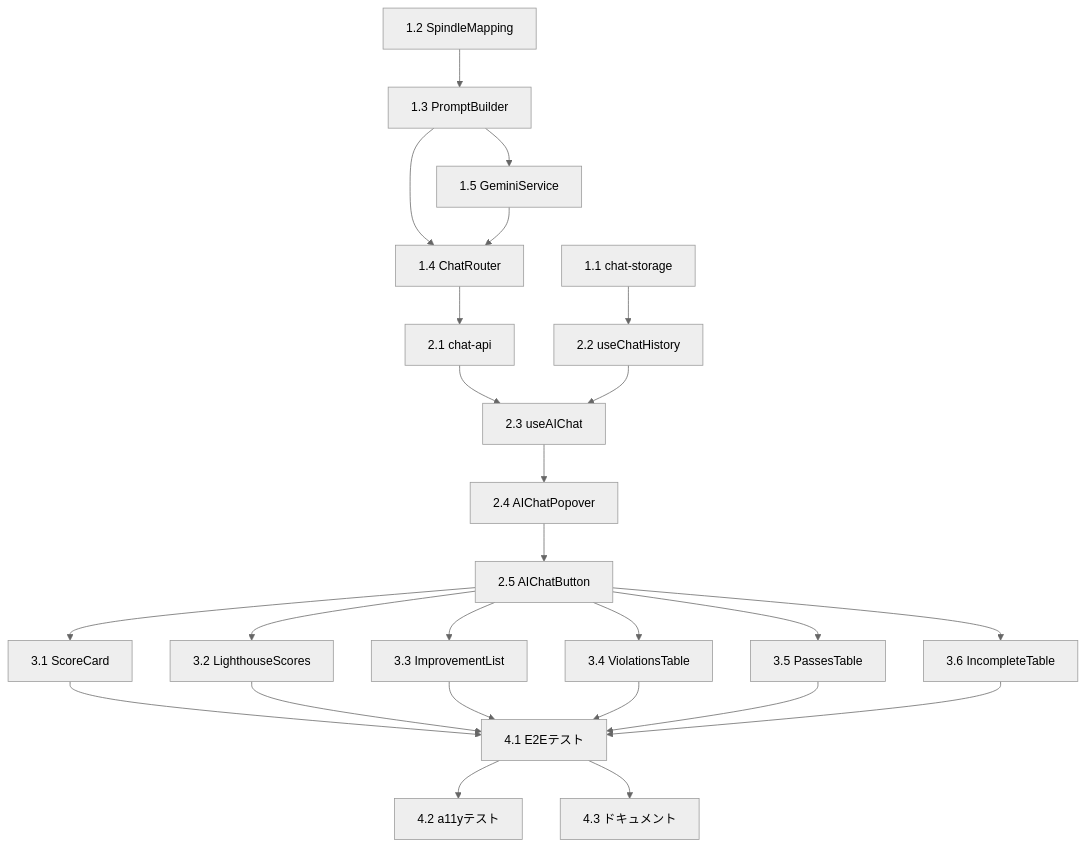
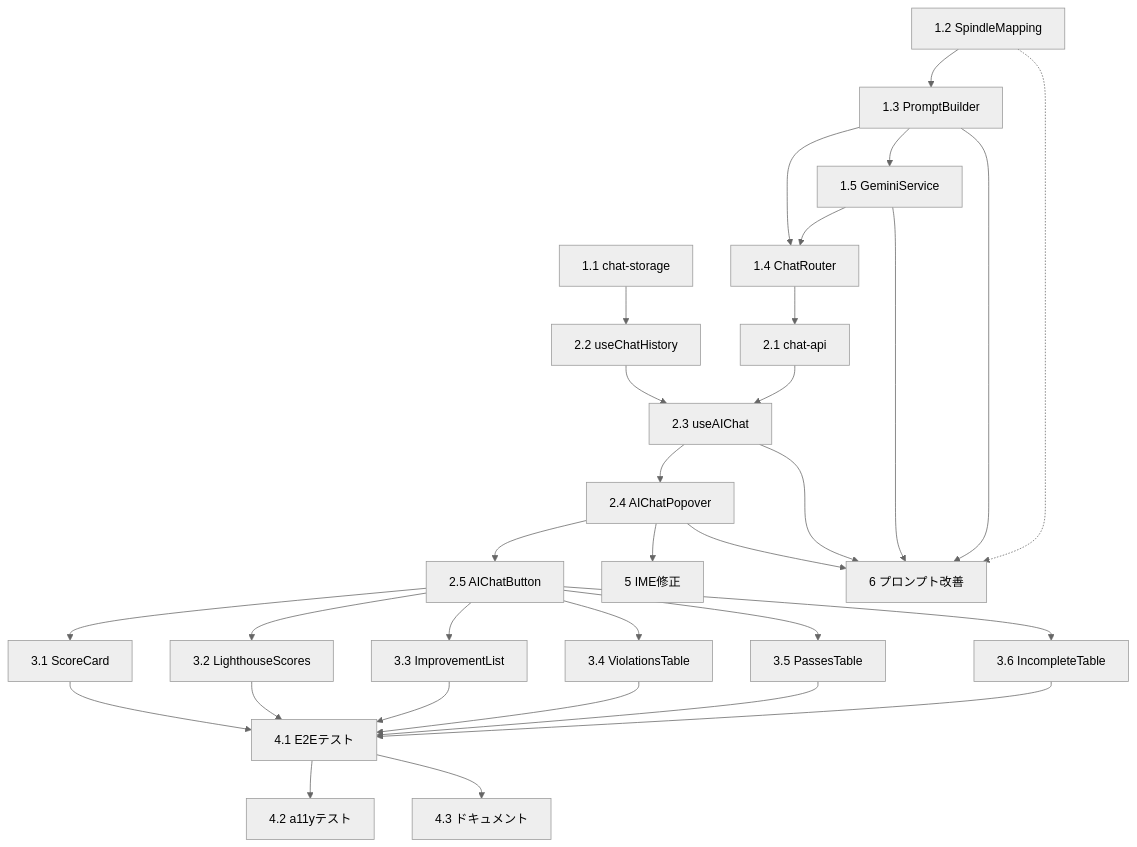
Before and after one commit to tokuj/accessibilityCheck: the diagram in .kiro/specs/inline-ai-discussion/tasks.md, drawn with Mermaid (neutral theme). The commit also changed other lines of this file and 40 other files, not shown here.

````diff
--- a/.kiro/specs/inline-ai-discussion/tasks.md
+++ b/.kiro/specs/inline-ai-discussion/tasks.md
@@ -575,47 +765,55 @@
 ```mermaid
 graph TD
     T1.1[1.1 chat-storage]
     T1.2[1.2 SpindleMapping]
     T1.3[1.3 PromptBuilder]
     T1.4[1.4 ChatRouter]
     T1.5[1.5 GeminiService]
     T2.1[2.1 chat-api]
     T2.2[2.2 useChatHistory]
     T2.3[2.3 useAIChat]
     T2.4[2.4 AIChatPopover]
     T2.5[2.5 AIChatButton]
     T3.1[3.1 ScoreCard]
     T3.2[3.2 LighthouseScores]
     T3.3[3.3 ImprovementList]
     T3.4[3.4 ViolationsTable]
     T3.5[3.5 PassesTable]
     T3.6[3.6 IncompleteTable]
     T4.1[4.1 E2Eテスト]
     T4.2[4.2 a11yテスト]
     T4.3[4.3 ドキュメント]
+    T5[5 IME修正]
+    T6[6 プロンプト改善]
 
     T1.2 --> T1.3
     T1.3 --> T1.4
     T1.3 --> T1.5
     T1.5 --> T1.4
     T1.1 --> T2.2
     T1.4 --> T2.1
     T2.1 --> T2.3
     T2.2 --> T2.3
     T2.3 --> T2.4
     T2.4 --> T2.5
     T2.5 --> T3.1
     T2.5 --> T3.2
     T2.5 --> T3.3
     T2.5 --> T3.4
     T2.5 --> T3.5
     T2.5 --> T3.6
     T3.1 --> T4.1
     T3.2 --> T4.1
     T3.3 --> T4.1
     T3.4 --> T4.1
     T3.5 --> T4.1
     T3.6 --> T4.1
     T4.1 --> T4.2
     T4.1 --> T4.3
+    T2.4 --> T5
+    T1.3 --> T6
+    T1.5 --> T6
+    T1.2 -.-> T6
+    T2.3 --> T6
+    T2.4 --> T6
 ```
````
